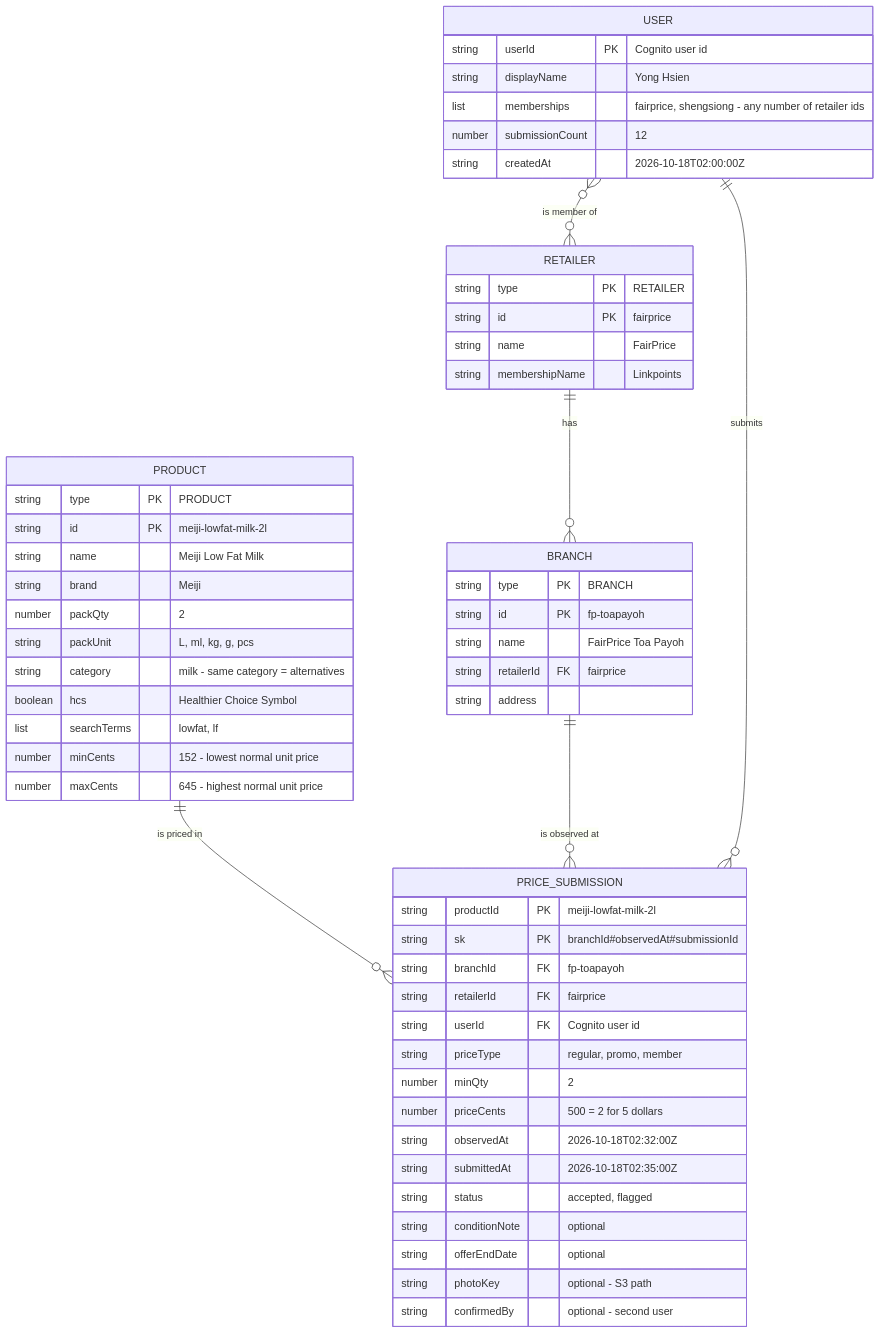
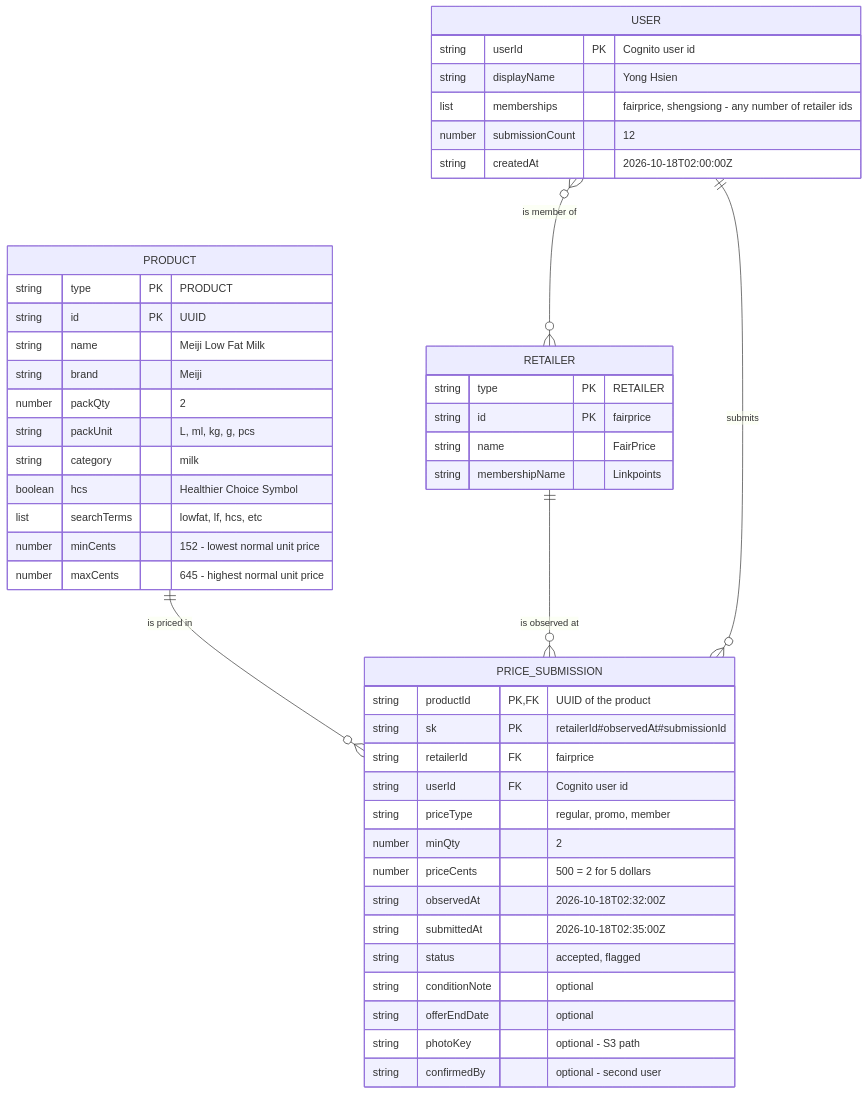
The first of 2 diagrams in docs/architecture/database-design.md (Gareth2-YS/TrolleySaver), drawn with Mermaid before and after one commit. The commit also changed other lines of this file, not shown here.

````diff
--- a/docs/architecture/database-design.md
+++ b/docs/architecture/database-design.md
@@ -7,63 +7,53 @@
 ```mermaid
 erDiagram
-    RETAILER ||--o{ BRANCH : "has"
     PRODUCT ||--o{ PRICE_SUBMISSION : "is priced in"
-    BRANCH ||--o{ PRICE_SUBMISSION : "is observed at"
+    RETAILER ||--o{ PRICE_SUBMISSION : "is observed at"
     USER ||--o{ PRICE_SUBMISSION : "submits"
     USER }o--o{ RETAILER : "is member of"
 
     PRODUCT {
         string type PK "PRODUCT"
-        string id PK "meiji-lowfat-milk-2l"
+        string id PK "UUID"
         string name "Meiji Low Fat Milk"
         string brand "Meiji"
         number packQty "2"
         string packUnit "L, ml, kg, g, pcs"
-        string category "milk - same category = alternatives"
+        string category "milk"
         boolean hcs "Healthier Choice Symbol"
-        list searchTerms "lowfat, lf"
+        list searchTerms "lowfat, lf, hcs, etc"
         number minCents "152 - lowest normal unit price"
         number maxCents "645 - highest normal unit price"
-    }
-
-    BRANCH {
-        string type PK "BRANCH"
-        string id PK "fp-toapayoh"
-        string name "FairPrice Toa Payoh"
-        string retailerId FK "fairprice"
-        string address
     }
 
     RETAILER {
         string type PK "RETAILER"
         string id PK "fairprice"
         string name "FairPrice"
         string membershipName "Linkpoints"
     }
 
     PRICE_SUBMISSION {
-        string productId PK "meiji-lowfat-milk-2l"
-        string sk PK "branchId#observedAt#submissionId"
-        string branchId FK "fp-toapayoh"
+        string productId PK, FK "UUID of the product"
+        string sk PK "retailerId#observedAt#submissionId"
         string retailerId FK "fairprice"
         string userId FK "Cognito user id"
         string priceType "regular, promo, member"
         number minQty "2"
         number priceCents "500 = 2 for 5 dollars"
         string observedAt "2026-10-18T02:32:00Z"
         string submittedAt "2026-10-18T02:35:00Z"
         string status "accepted, flagged"
         string conditionNote "optional"
         string offerEndDate "optional"
         string photoKey "optional - S3 path"
         string confirmedBy "optional - second user"
     }
 
     USER {
         string userId PK "Cognito user id"
         string displayName "Yong Hsien"
         list memberships "fairprice, shengsiong - any number of retailer ids"
         number submissionCount "12"
         string createdAt "2026-10-18T02:00:00Z"
     }
 ```
````
